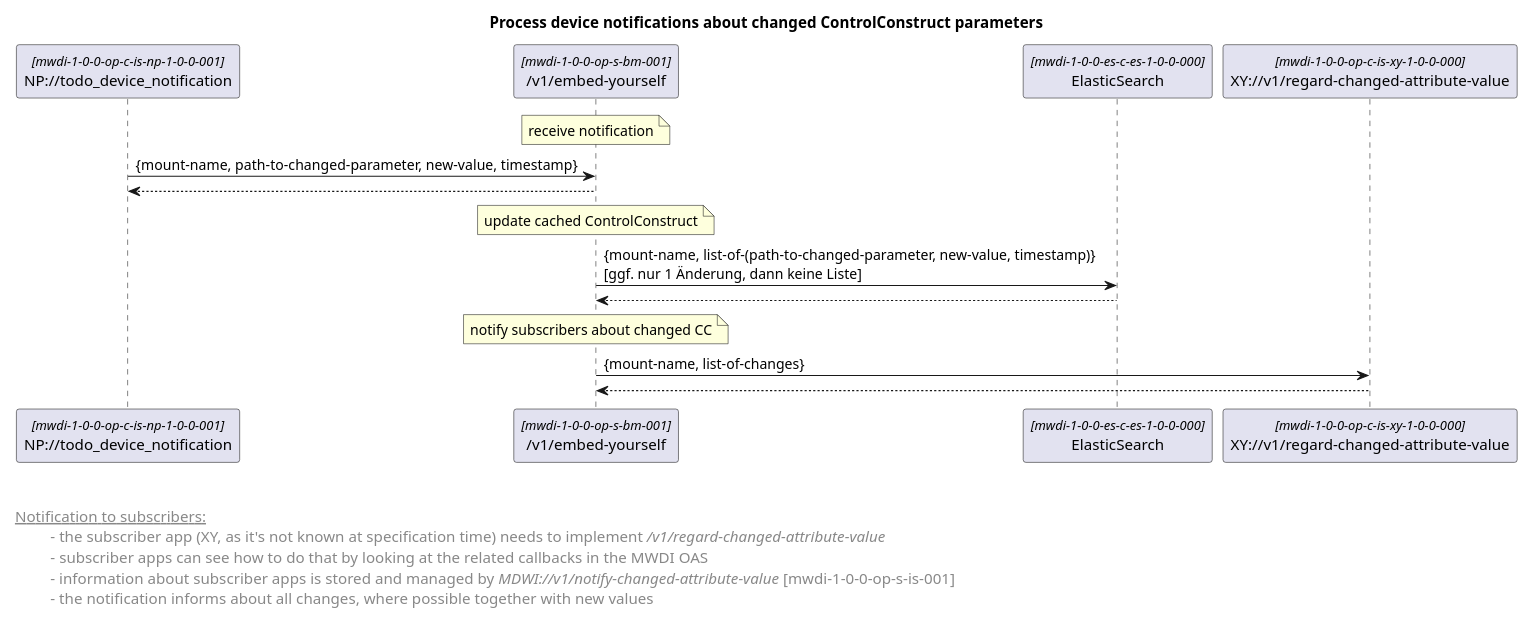
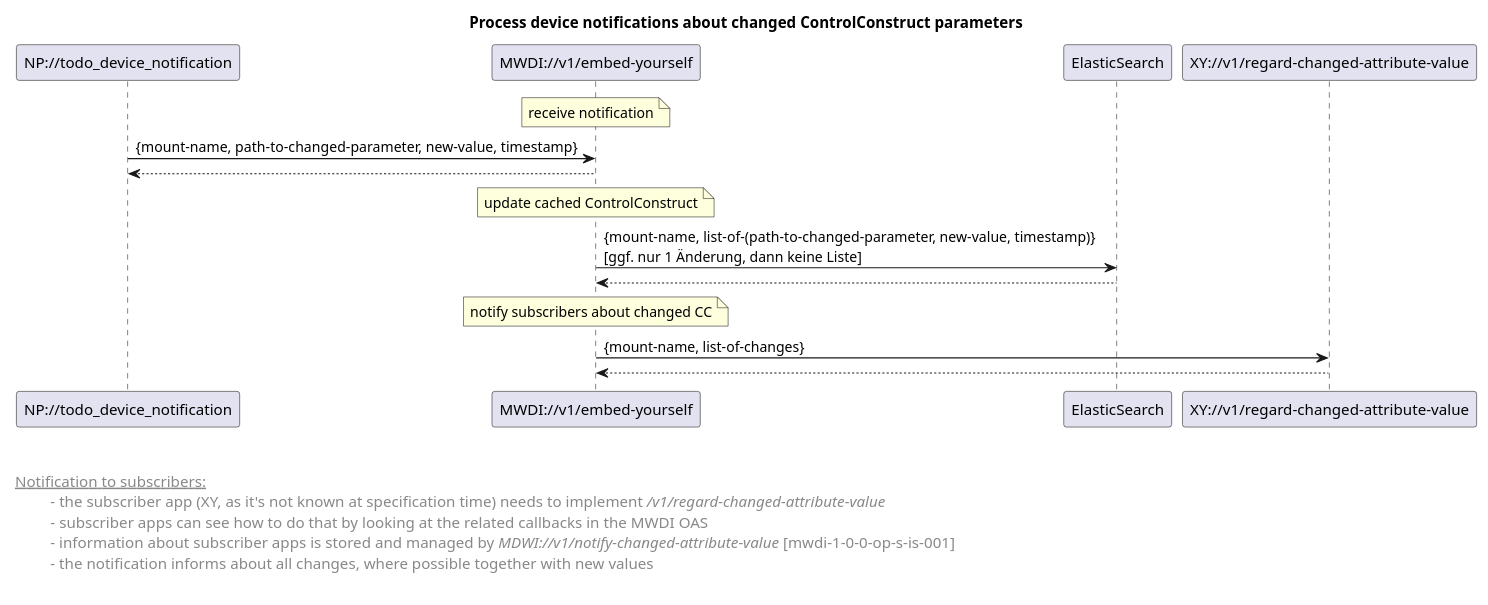
Before and after one commit to openBackhaul/MicroWaveDeviceInventory: the diagram in spec/diagrams/04x_forwardingProcessDeviceNotifications.plantuml, drawn with PlantUML. The commit also changed 6 other files, not shown here.

```diff
--- a/spec/diagrams/04x_forwardingProcessDeviceNotifications.plantuml
+++ b/spec/diagrams/04x_forwardingProcessDeviceNotifications.plantuml
@@ -1,48 +1,49 @@
 @startuml
 skinparam responseMessageBelowArrow true
 skinparam guillemet [ ]
 skinparam participant {
   StereotypeFontSize 12  
 }
+hide stereotype
 
 title Process device notifications about changed ControlConstruct parameters
 
 'participants
 participant "NP://todo_device_notification" as npDevChangeNotif <<mwdi-1-0-0-op-c-is-np-1-0-0-001>>
-participant "/v1/embed-yourself" as mwdi <<mwdi-1-0-0-op-s-bm-001>>
+participant "MWDI://v1/embed-yourself" as mwdi <<mwdi-1-0-0-op-s-bm-001>>
 participant "ElasticSearch" as es <<mwdi-1-0-0-es-c-es-1-0-0-000>>
 participant "XY://v1/regard-changed-attribute-value" as notification <<mwdi-1-0-0-op-c-is-xy-1-0-0-000>>
 
 note over mwdi: receive notification
 npDevChangeNotif -> mwdi: {mount-name, path-to-changed-parameter, new-value, timestamp}
 mwdi --> npDevChangeNotif
 
 note over mwdi: update cached ControlConstruct
 mwdi -> es: {mount-name, list-of-(path-to-changed-parameter, new-value, timestamp)} \n[ggf. nur 1 Änderung, dann keine Liste]
 es --> mwdi
 
 note over mwdi: notify subscribers about changed CC
 mwdi -> notification: {mount-name, list-of-changes}
 notification --> mwdi
 
 
 
 left footer 
 
 
 <u> Notification to subscribers: </u>
 \t  - the subscriber app (XY, as it's not known at specification time) needs to implement <i>/v1/regard-changed-attribute-value</i>
 \t  - subscriber apps can see how to do that by looking at the related callbacks in the MWDI OAS 
 \t  - information about subscriber apps is stored and managed by <i>MDWI://v1/notify-changed-attribute-value</i> [mwdi-1-0-0-op-s-is-001]
 \t  - the notification informs about all changes, where possible together with new values
 
 end footer
 
 <style>
 footer {
   HorizontalAlignment left
   FontSize 14
 }
 </style>
 
 @enduml
```
